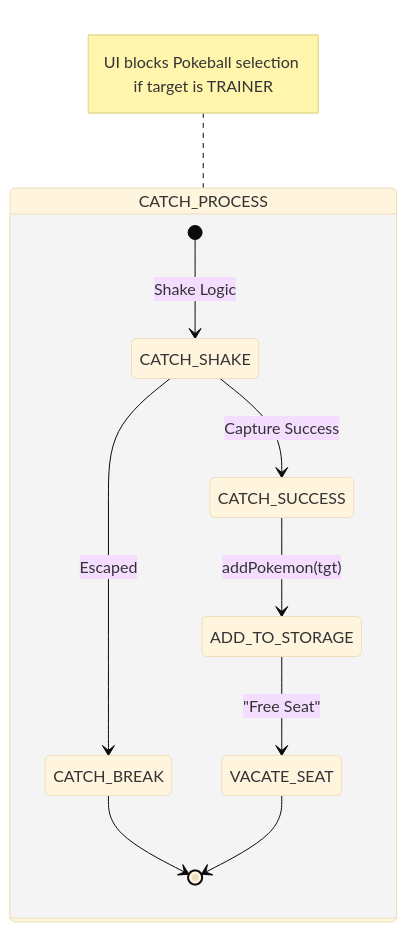
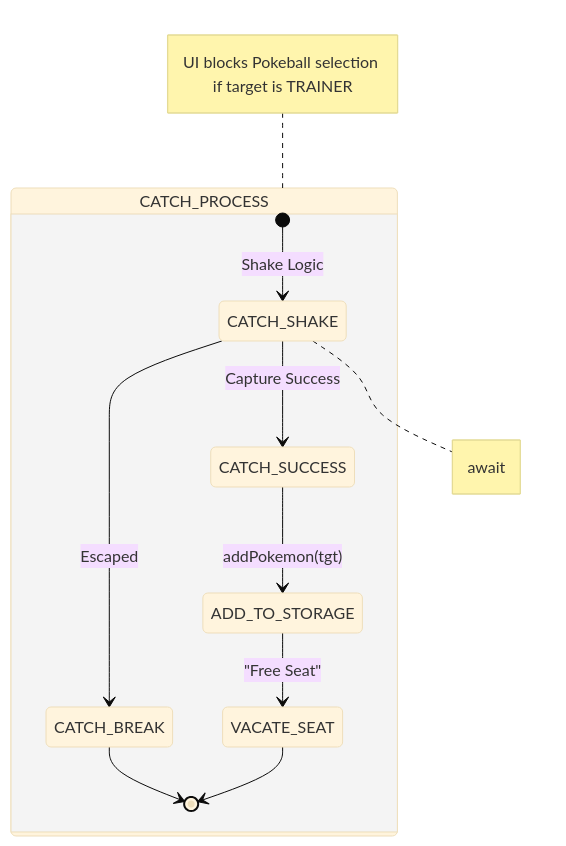
One commit to Darkham77/PokeBorrador changed the sixth of 18 diagrams in .agents/skills/project-standards/references/battle/battle_mechanics_manual.md. Above: the diagram before and after it, drawn with Mermaid (base theme). The commit also changed other lines of this file and 29 other files, not shown here.

````diff
--- a/.agents/skills/project-standards/references/battle/battle_mechanics_manual.md
+++ b/.agents/skills/project-standards/references/battle/battle_mechanics_manual.md
@@ -517,13 +518,14 @@
 ```mermaid
 stateDiagram-v2
     state CATCH_PROCESS {
         [*] --> CATCH_SHAKE : Shake Logic
         CATCH_SHAKE --> CATCH_BREAK : Escaped
         CATCH_SHAKE --> CATCH_SUCCESS : Capture Success
         CATCH_SUCCESS --> ADD_TO_STORAGE : addPokemon(tgt)
         ADD_TO_STORAGE --> VACATE_SEAT : "Free Seat"
         CATCH_BREAK --> [*]
         VACATE_SEAT --> [*]
+        note right of CATCH_SHAKE: await
     }
     note left of CATCH_PROCESS: UI blocks Pokeball selection if target is TRAINER
 ```
````
